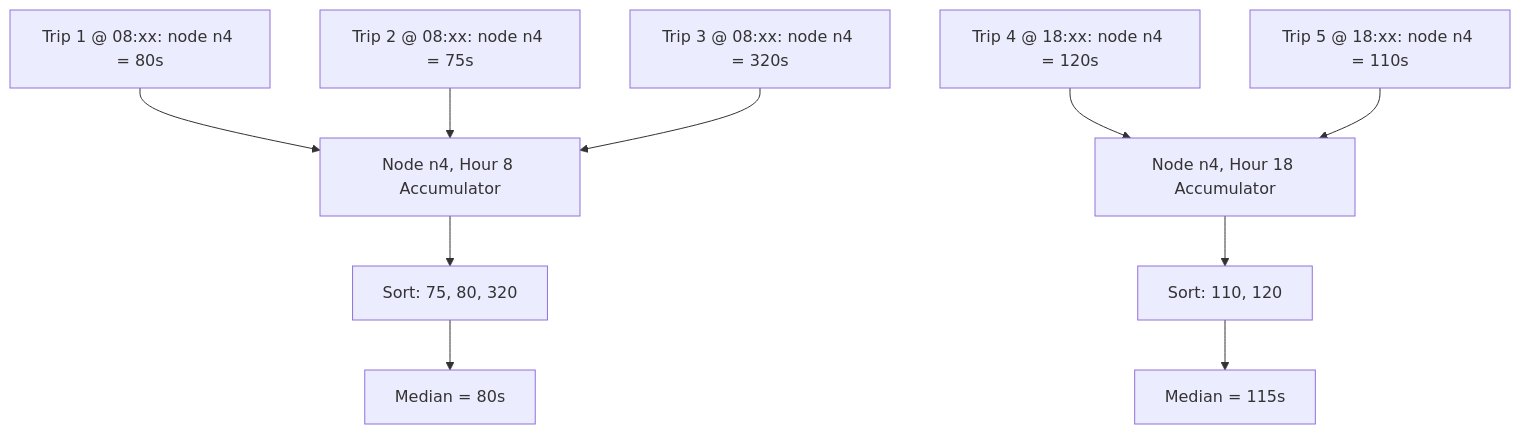
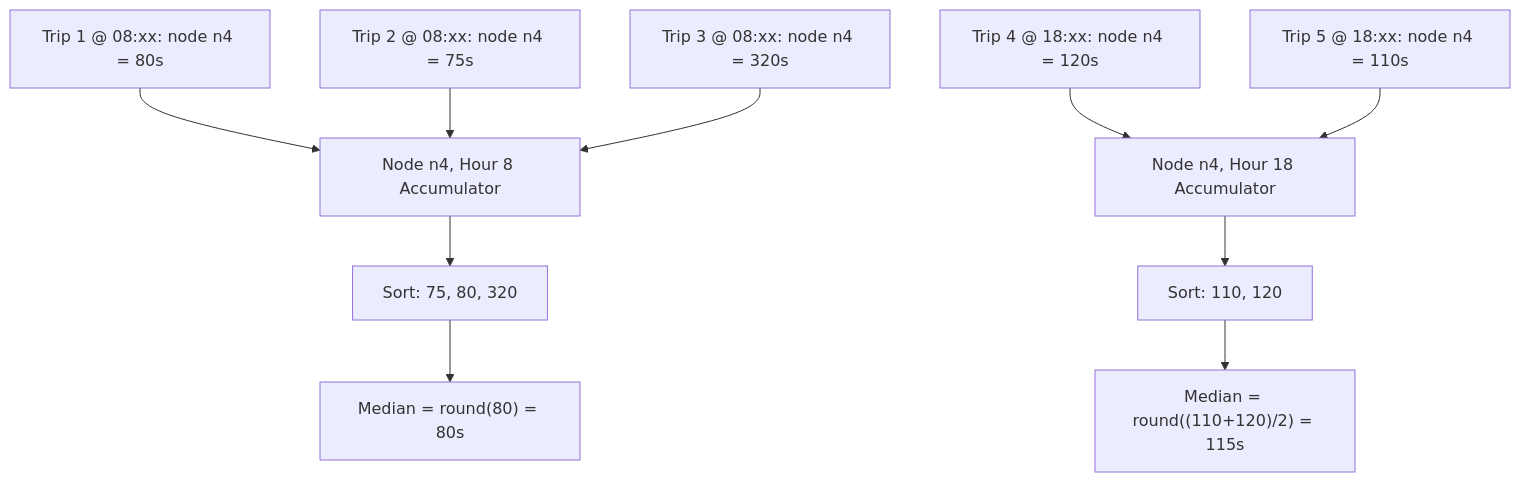
The third of 3 diagrams in modules/2. segment-travel-times-go/README.md (tmlmobilidade/eta), drawn with Mermaid before and after one commit. The commit also changed other lines of this file and 7 other files, not shown here.

````diff
--- a/modules/2. segment-travel-times-go/README.md
+++ b/modules/2. segment-travel-times-go/README.md
@@ -147,12 +150,12 @@
 ```mermaid
 flowchart TD
     A[Trip 1 @ 08:xx: node n4 = 80s] --> D[Node n4, Hour 8 Accumulator]
     B[Trip 2 @ 08:xx: node n4 = 75s] --> D
     C[Trip 3 @ 08:xx: node n4 = 320s] --> D
     E[Trip 4 @ 18:xx: node n4 = 120s] --> G[Node n4, Hour 18 Accumulator]
     F[Trip 5 @ 18:xx: node n4 = 110s] --> G
     D --> H[Sort: 75, 80, 320]
-    H --> I[Median = 80s]
+    H --> I["Median = round(80) = 80s"]
     G --> J[Sort: 110, 120]
-    J --> K[Median = 115s]
+    J --> K["Median = round((110+120)/2) = 115s"]
 ```
````
